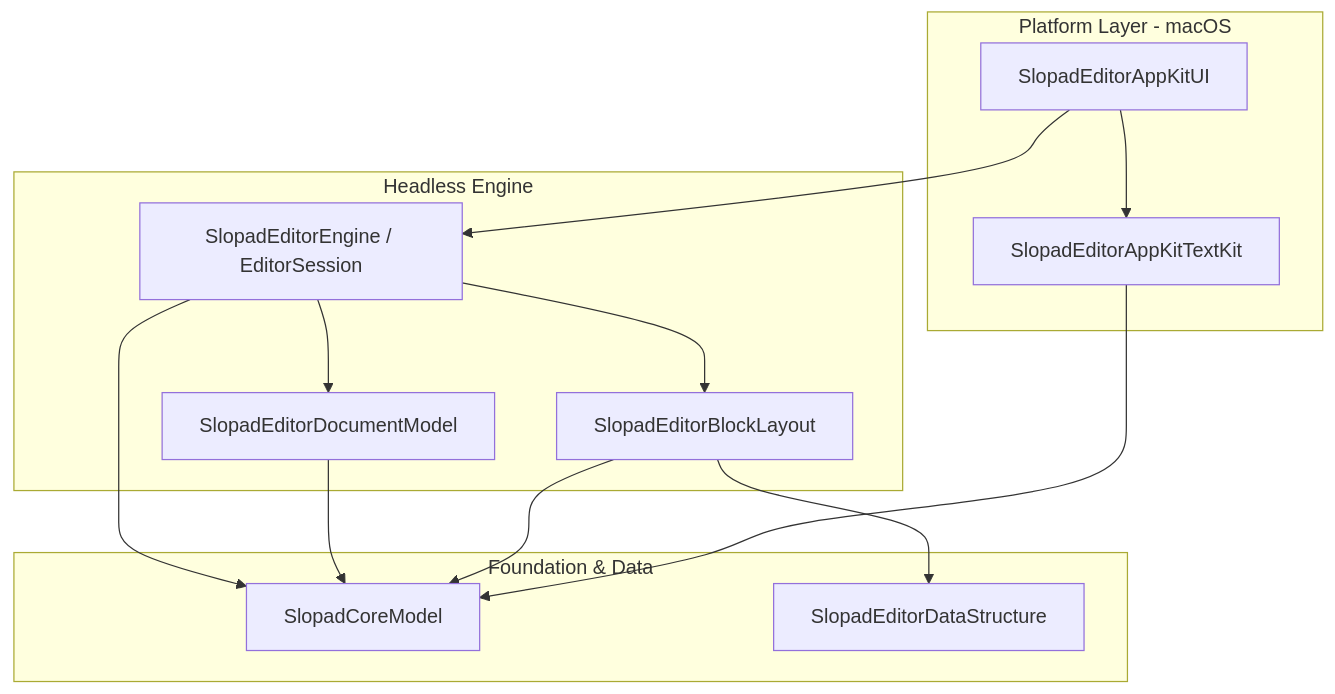
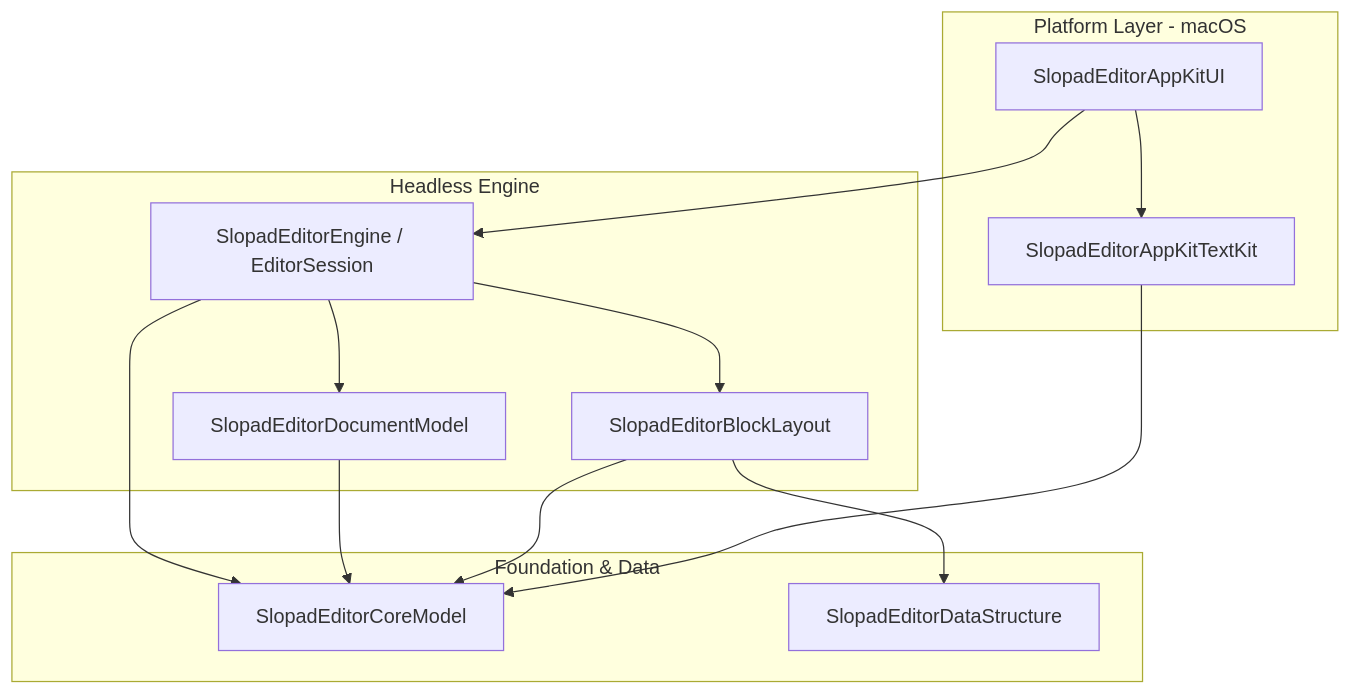
Before and after one commit to hot666666/SlopadEditor: the diagram in ADR/0002-swiftpm-target-graph.md, drawn with Mermaid. The commit also changed other lines of this file and 309 other files, not shown here.

First line of the commit message:
refactor: rename SlopadCoreModel to SlopadEditorCoreModel

````diff
--- a/ADR/0002-swiftpm-target-graph.md
+++ b/ADR/0002-swiftpm-target-graph.md
@@ -17,28 +17,28 @@
 ```mermaid
 flowchart TB
     subgraph Platform["Platform Layer - macOS"]
         AppKitUI["SlopadEditorAppKitUI"]
         AppKitTextKit["SlopadEditorAppKitTextKit"]
     end
 
     subgraph Headless["Headless Engine"]
         Engine["SlopadEditorEngine / EditorSession"]
         EditorModel["SlopadEditorDocumentModel"]
         BlockLayout["SlopadEditorBlockLayout"]
     end
 
     subgraph Foundation["Foundation & Data"]
-        CoreModel["SlopadCoreModel"]
+        CoreModel["SlopadEditorCoreModel"]
         DataStructure["SlopadEditorDataStructure"]
     end
 
     AppKitUI --> Engine
     AppKitUI --> AppKitTextKit
     Engine --> CoreModel
     Engine --> EditorModel
     Engine --> BlockLayout
     EditorModel --> CoreModel
     BlockLayout --> CoreModel
     BlockLayout --> DataStructure
     AppKitTextKit --> CoreModel
 ```
````
